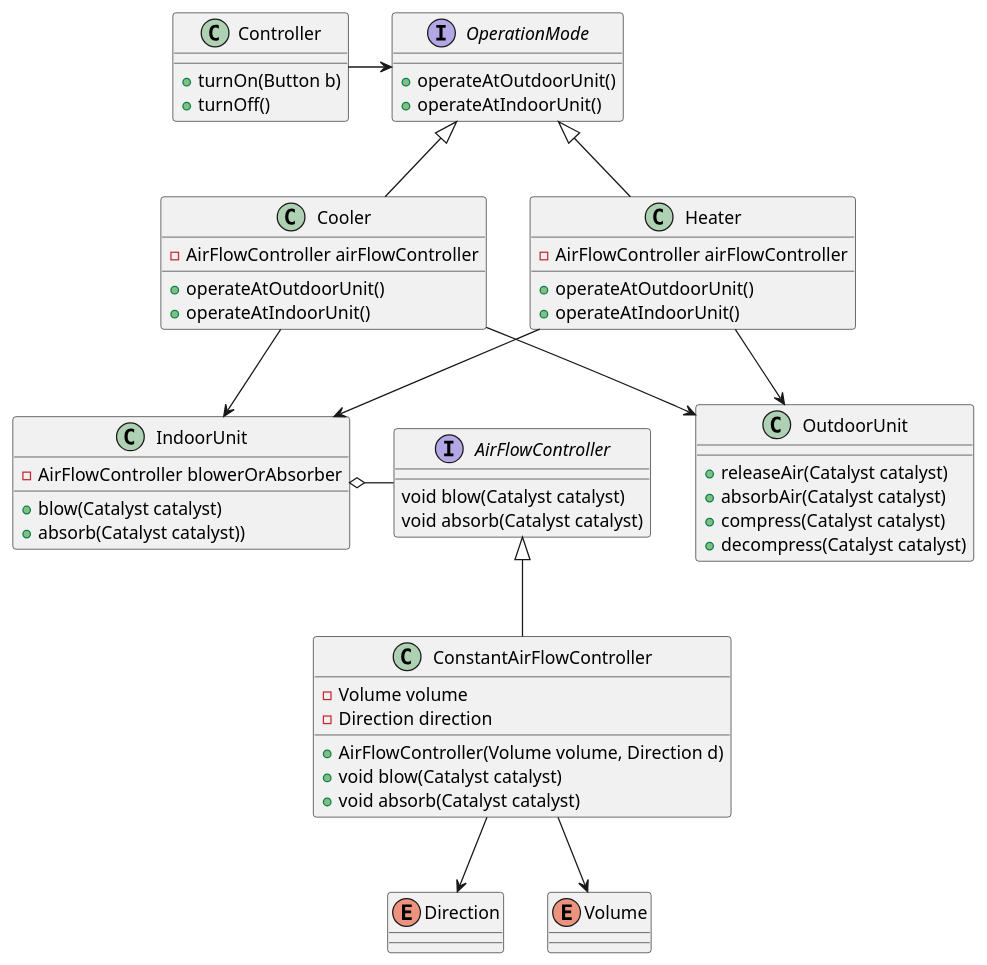
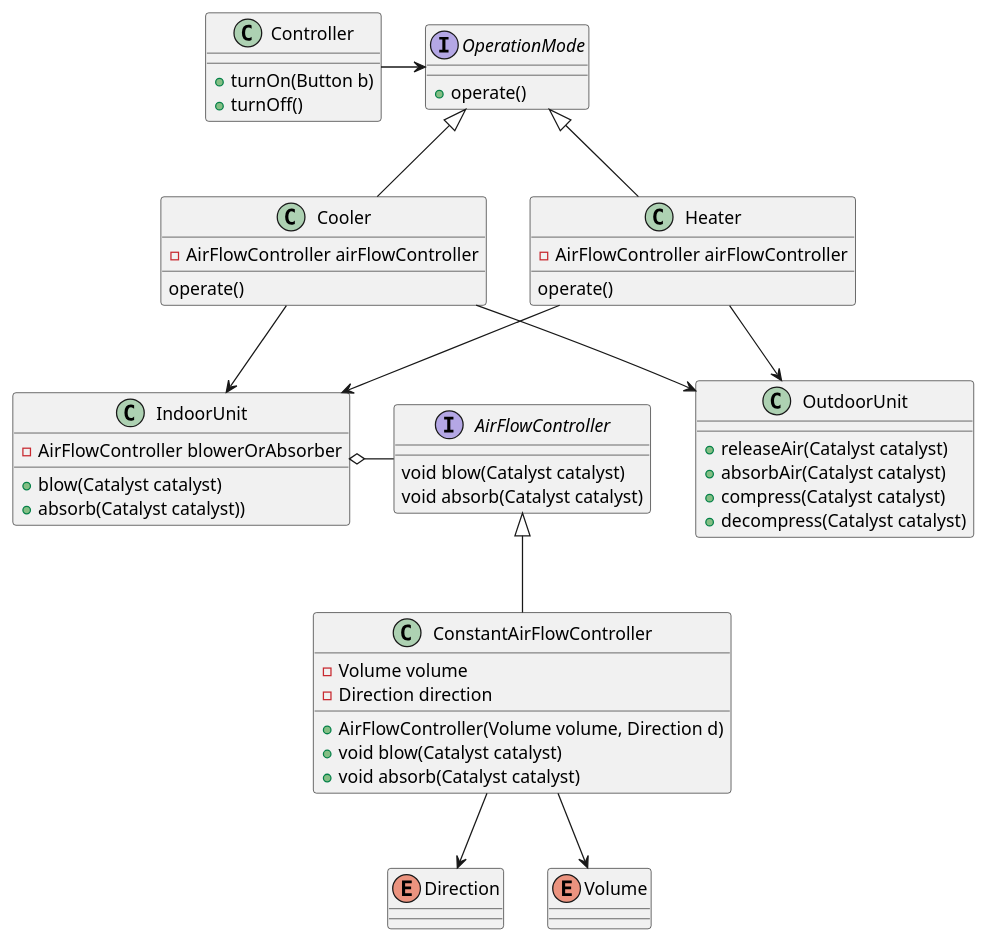
Before and after one commit to yatakeke/modeling-training: the diagram in air-conditioner.puml, drawn with PlantUML.

Commit message:
autoのときは冷房と暖房の処理が変わると思われるので室内機と室外機を隠蔽した

```diff
--- a/air-conditioner.puml
+++ b/air-conditioner.puml
@@ -1,83 +1,80 @@
 @startuml
 'https://plantuml.com/class-diagram
 
 '基本的には冷房と暖房の２つしか選べない
 '風向の指定しかできない
 '温度センサー未実装
 
 class Controller {
 +turnOn(Button b)
 +turnOff()
 }
 
 Controller -right-> OperationMode
 
 interface OperationMode {
-+operateAtOutdoorUnit()
-+operateAtIndoorUnit()
++operate()
 }
 
 OperationMode <|-- Cooler
 OperationMode <|-- Heater
 
 class Cooler {
 -AirFlowController airFlowController
-+operateAtOutdoorUnit()
-+operateAtIndoorUnit()
+operate()
 }
 
 Cooler --> IndoorUnit
 Cooler --> OutdoorUnit
 
 class Heater {
 -AirFlowController airFlowController
-+operateAtOutdoorUnit()
-+operateAtIndoorUnit()
+operate()
 }
 
 Heater --> IndoorUnit
 Heater --> OutdoorUnit
 
 
 '意図がindoorUnitと少し違うことを明確にするためにあえて違う名前にしてみた
 class OutdoorUnit {
 +releaseAir(Catalyst catalyst)
 +absorbAir(Catalyst catalyst)
 +compress(Catalyst catalyst)
 +decompress(Catalyst catalyst)
 }
 
 class IndoorUnit {
 -AirFlowController blowerOrAbsorber
 +blow(Catalyst catalyst)
 +absorb(Catalyst catalyst))
 }
 
 IndoorUnit o-right- AirFlowController
 
 interface AirFlowController {
 void blow(Catalyst catalyst)
 void absorb(Catalyst catalyst)
 }
 
 AirFlowController <|-- ConstantAirFlowController
 'TODO: autoとかの実装を後ほどする
 
 class ConstantAirFlowController {
 -Volume volume
 -Direction direction
 +AirFlowController(Volume volume, Direction d)
 +void blow(Catalyst catalyst)
 +void absorb(Catalyst catalyst)
 }
 
 ConstantAirFlowController --> Direction
 ConstantAirFlowController --> Volume
 
 enum Direction {
 }
 
 enum Volume {
 }
 
 @enduml
```
